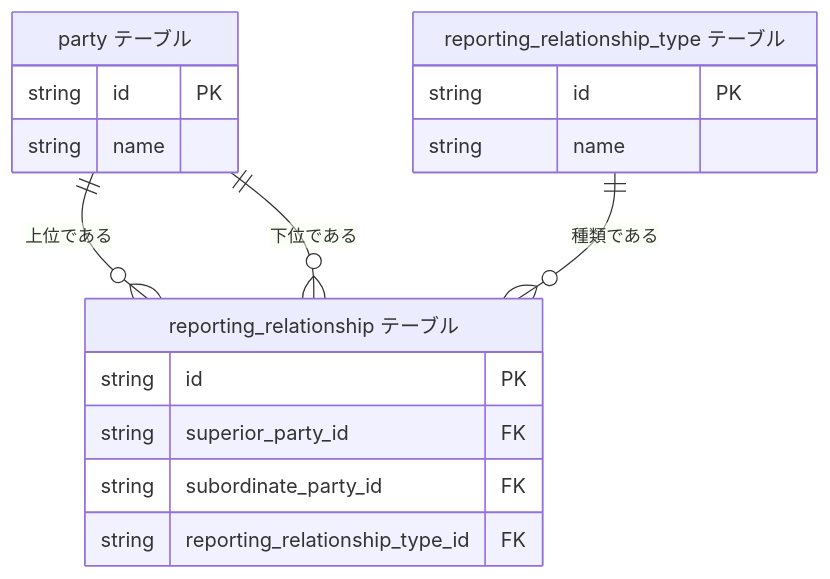
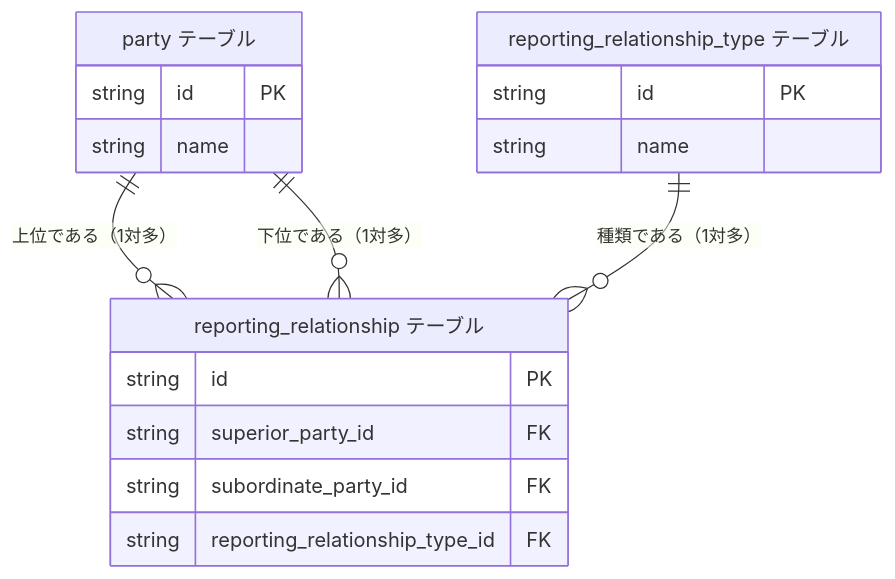
One commit to hiroki-it/tech-notebook changed diagram 15 of 30 in docs/software/software_middleware_database_rdb_er.md. Above: the diagram before and after it, drawn with Mermaid. The commit also changed other lines of this file and 4 other files, not shown here.

````diff
--- a/docs/software/software_middleware_database_rdb_er.md
+++ b/docs/software/software_middleware_database_rdb_er.md
@@ -466,23 +466,23 @@
 ```mermaid
 erDiagram
   party["party テーブル"] {
     string id PK
     string name
   }
 
   reporting_relationship_type["reporting_relationship_type テーブル"] {
     string id PK
     string name
   }
 
   reporting_relationship["reporting_relationship テーブル"] {
     string id PK
     string superior_party_id FK
     string subordinate_party_id FK
     string reporting_relationship_type_id FK
   }
 
-  party ||--o{ reporting_relationship : "上位である"
-  party ||--o{ reporting_relationship : "下位である"
-  reporting_relationship_type ||--o{ reporting_relationship : "種類である"
+  party ||--o{ reporting_relationship : "上位である（1対多）"
+  party ||--o{ reporting_relationship : "下位である（1対多）"
+  reporting_relationship_type ||--o{ reporting_relationship : "種類である（1対多）"
 ```
````
